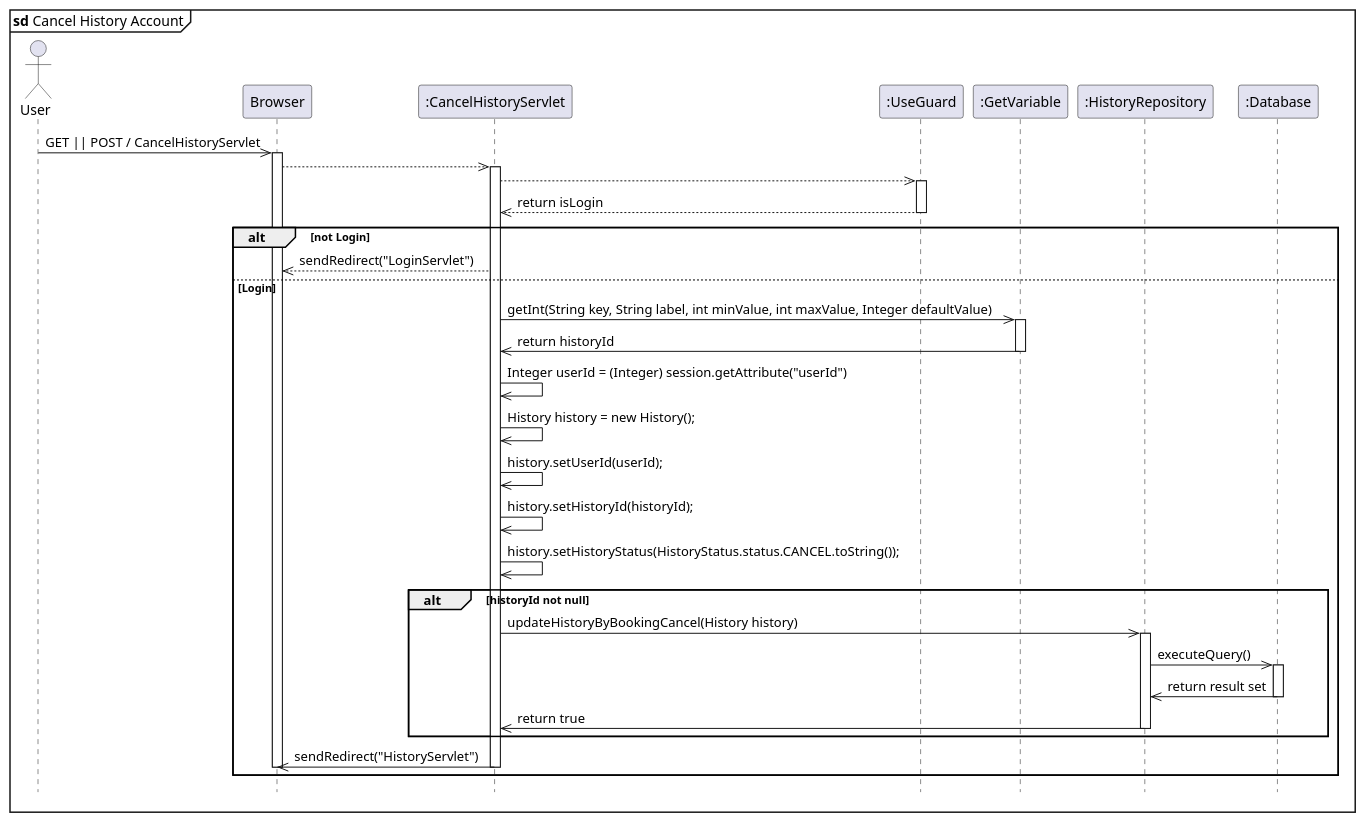
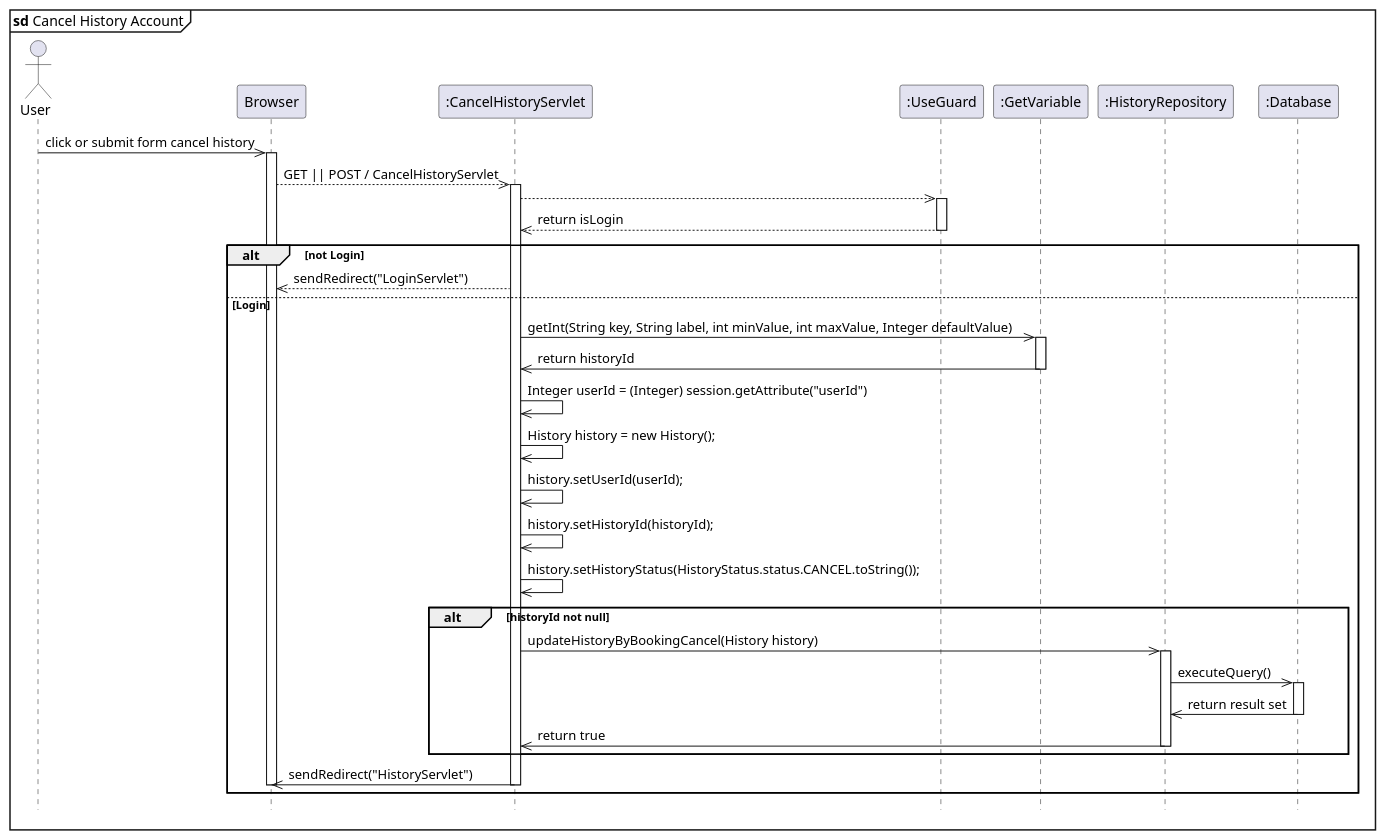
One commit to kainesv86/HKCBooking changed the diagram in diagram/CancelHistoryServlet.puml. Above: the diagram before and after it, drawn with PlantUML. The commit also changed 1 other file, not shown here.

Commit message:
Add Cart Diagram

```diff
--- a/diagram/CancelHistoryServlet.puml
+++ b/diagram/CancelHistoryServlet.puml
@@ -1,49 +1,49 @@
 
 hide footbox
 mainframe <b>sd</b> Cancel History Account
 actor User
 participant "Browser" as Browser
 participant ":CancelHistoryServlet" as CancelHistoryServlet
 participant ":UseGuard" as UseGuard
 participant ":GetVariable" as GetVariable
 participant ":HistoryRepository" as HistoryRepository
 participant ":Database" as Database
 
-User ->> Browser: GET || POST / CancelHistoryServlet
+User ->> Browser: click or submit form cancel history 
 activate Browser
-Browser -->> CancelHistoryServlet: 
+Browser -->> CancelHistoryServlet: GET || POST / CancelHistoryServlet
 activate CancelHistoryServlet
     CancelHistoryServlet -->> UseGuard
     activate UseGuard 
      UseGuard -->>  CancelHistoryServlet: return isLogin
  deactivate UseGuard
     alt not Login
         CancelHistoryServlet -->> Browser: sendRedirect("LoginServlet")
     else Login
         CancelHistoryServlet ->> GetVariable: getInt(String key, String label, int minValue, int maxValue, Integer defaultValue)
         activate GetVariable
         GetVariable ->> CancelHistoryServlet: return historyId
         deactivate GetVariable
 
         CancelHistoryServlet ->> CancelHistoryServlet: Integer userId = (Integer) session.getAttribute("userId")
 
         CancelHistoryServlet ->> CancelHistoryServlet: History history = new History(); 
         CancelHistoryServlet ->> CancelHistoryServlet: history.setUserId(userId);
         CancelHistoryServlet ->> CancelHistoryServlet: history.setHistoryId(historyId);
         CancelHistoryServlet ->> CancelHistoryServlet: history.setHistoryStatus(HistoryStatus.status.CANCEL.toString());
         
         alt historyId not null 
             CancelHistoryServlet ->> HistoryRepository: updateHistoryByBookingCancel(History history)
             activate HistoryRepository
             HistoryRepository ->> Database: executeQuery()
             activate Database 
                         Database ->> HistoryRepository: return result set
                     deactivate Database
             HistoryRepository ->> CancelHistoryServlet: return true
         deactivate HistoryRepository
         end
 
         CancelHistoryServlet ->> Browser: sendRedirect("HistoryServlet")
     deactivate CancelHistoryServlet
 deactivate Browser
     end
```
